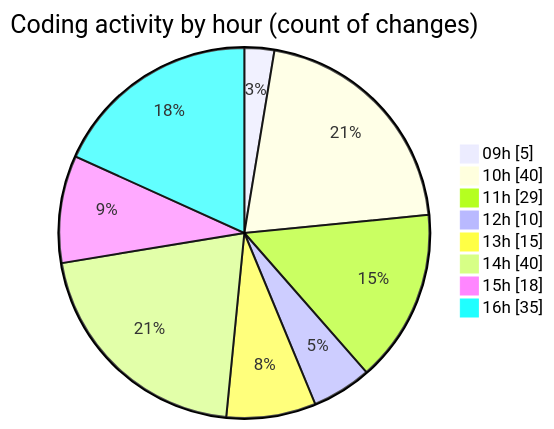
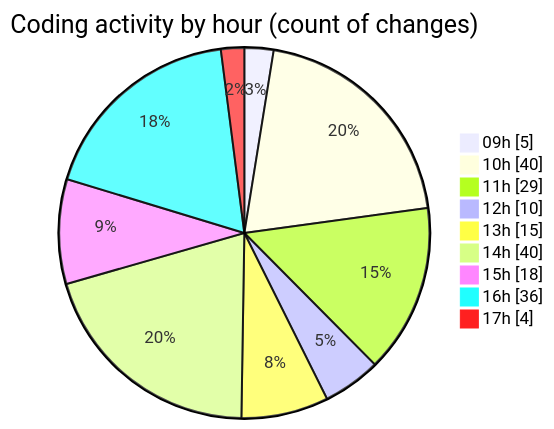
Before and after one commit to CELIANVF/code-tracking: the second of 2 diagrams in 2025-06-02/ecodeli-1/README.md, drawn with Mermaid. The commit also changed other lines of this file and 1 other file, not shown here.

````diff
--- a/2025-06-02/ecodeli-1/README.md
+++ b/2025-06-02/ecodeli-1/README.md
@@ -105,12 +105,13 @@
 ```mermaid
 pie showData
 title Coding activity by hour (count of changes)
 "09h" : 5
 "10h" : 40
 "11h" : 29
 "12h" : 10
 "13h" : 15
 "14h" : 40
 "15h" : 18
-"16h" : 35
+"16h" : 36
+"17h" : 4
 ```
````
